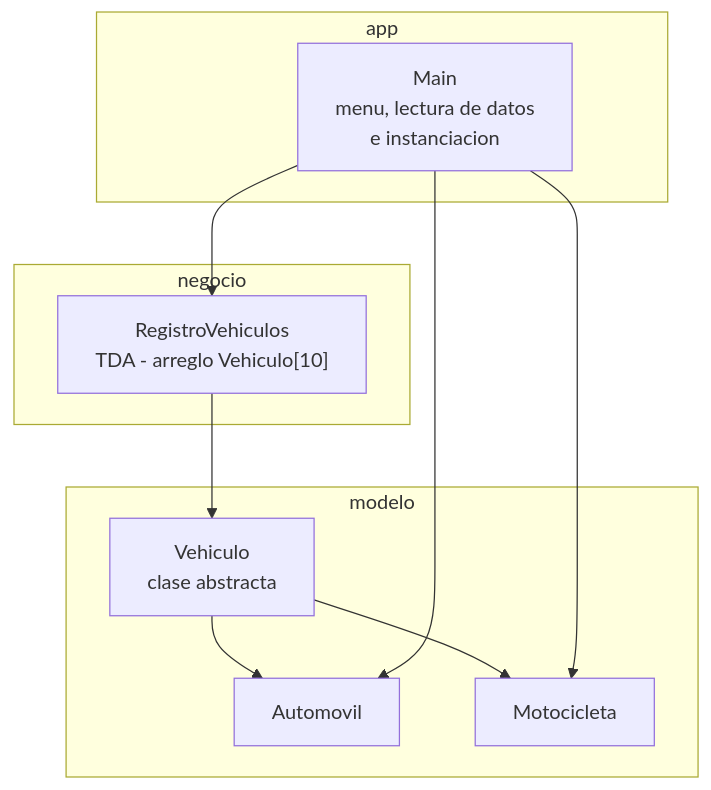
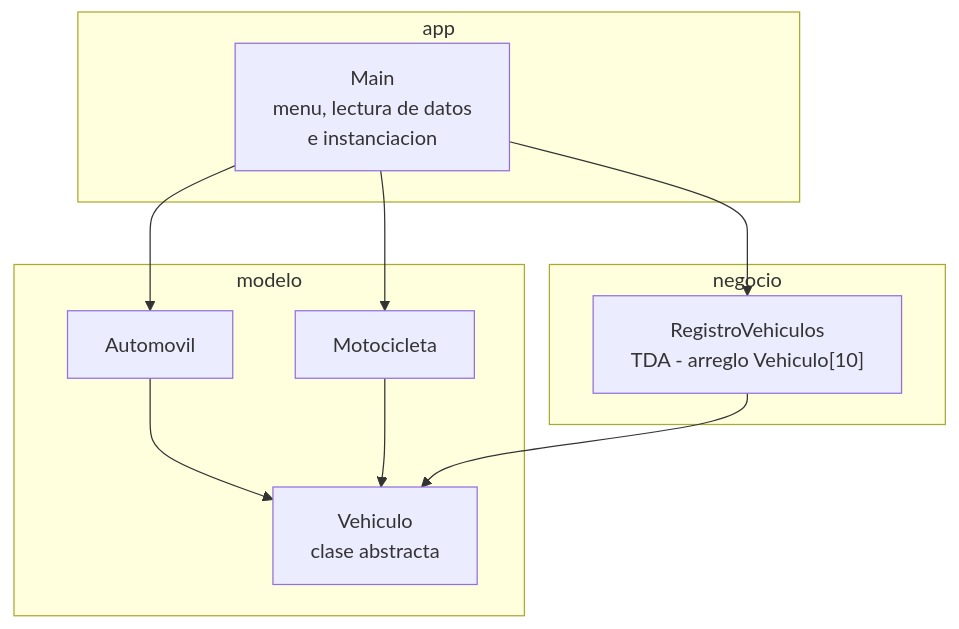
The first of 2 diagrams in diagramas/diagrama-paquetes.md (juanchicoyunda1234/TDA-Vehiculo), drawn with Mermaid before and after one commit. The commit also changed other lines of this file and 7 other files, not shown here.

Commit message:
Refactorizar y sincronizar codigo C++, renombrar Motocicleta.cpp y actualizar diagramas y README

````diff
--- a/diagramas/diagrama-paquetes.md
+++ b/diagramas/diagrama-paquetes.md
@@ -5,23 +5,23 @@
 ```mermaid
 flowchart TB
     subgraph app [app]
         Main["Main<br/>menu, lectura de datos<br/>e instanciacion"]
     end
 
     subgraph negocio [negocio]
         Registro["RegistroVehiculos<br/>TDA - arreglo Vehiculo[10]"]
     end
 
     subgraph modelo [modelo]
-        Base["Vehiculo<br/>clase abstracta"]
         Auto["Automovil"]
         Moto["Motocicleta"]
-        Base --> Auto
-        Base --> Moto
+        Base["Vehiculo<br/>clase abstracta"]
+        Auto --> Base
+        Moto --> Base
     end
 
     Main --> Registro
     Main --> Auto
     Main --> Moto
     Registro --> Base
 ```
````
